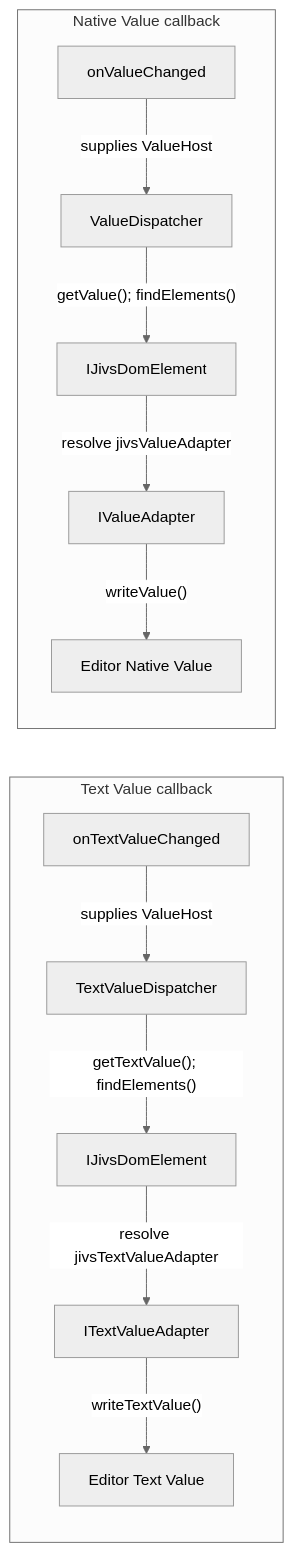
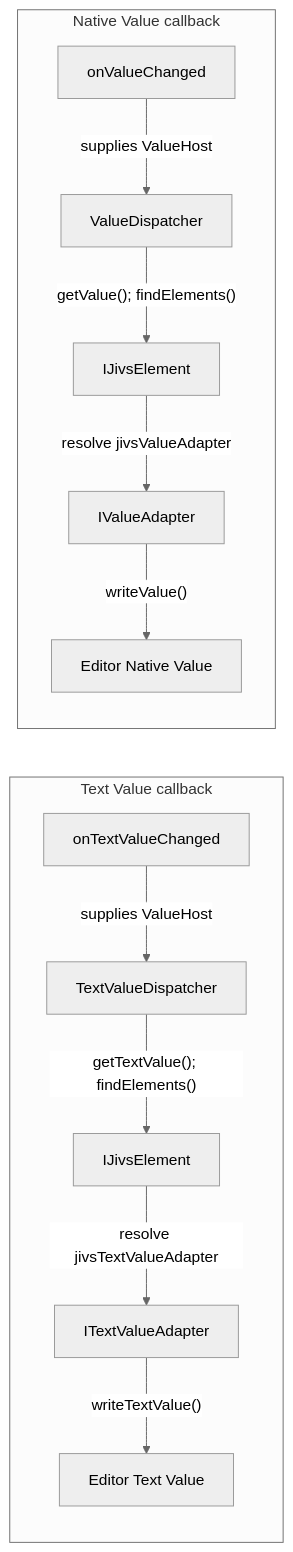
One commit to plblum/jivs changed the third of 14 diagrams in planning/Jivs-DOM_Implementation_Design.md. Above: the diagram before and after it, drawn with Mermaid (neutral theme). The commit also changed other lines of this file and 97 other files, not shown here.

Commit message:
Refactoring to rename anchor and IJivsDomElement to jivsElement

````diff
--- a/planning/Jivs-DOM_Implementation_Design.md
+++ b/planning/Jivs-DOM_Implementation_Design.md
@@ -119,32 +119,32 @@
 ```mermaid
 flowchart LR
     subgraph TEXT["Text Value callback"]
         direction TB
 
         TEXT_CALLBACK["onTextValueChanged"]
         TEXT_DISPATCHER["TextValueDispatcher"]
-        TEXT_ELEMENT["IJivsDomElement"]
+        TEXT_ELEMENT["IJivsElement"]
         TEXT_ADAPTER["ITextValueAdapter"]
         TEXT_EDITOR["Editor Text Value"]
 
         TEXT_CALLBACK -->|"supplies ValueHost"| TEXT_DISPATCHER
         TEXT_DISPATCHER -->|"getTextValue(); findElements()"| TEXT_ELEMENT
         TEXT_ELEMENT -->|"resolve jivsTextValueAdapter"| TEXT_ADAPTER
         TEXT_ADAPTER -->|"writeTextValue()"| TEXT_EDITOR
     end
 
     subgraph VALUE["Native Value callback"]
         direction TB
 
         VALUE_CALLBACK["onValueChanged"]
         VALUE_DISPATCHER["ValueDispatcher"]
-        VALUE_ELEMENT["IJivsDomElement"]
+        VALUE_ELEMENT["IJivsElement"]
         VALUE_ADAPTER["IValueAdapter"]
         VALUE_EDITOR["Editor Native Value"]
 
         VALUE_CALLBACK -->|"supplies ValueHost"| VALUE_DISPATCHER
         VALUE_DISPATCHER -->|"getValue(); findElements()"| VALUE_ELEMENT
         VALUE_ELEMENT -->|"resolve jivsValueAdapter"| VALUE_ADAPTER
         VALUE_ADAPTER -->|"writeValue()"| VALUE_EDITOR
     end
 ```
````
